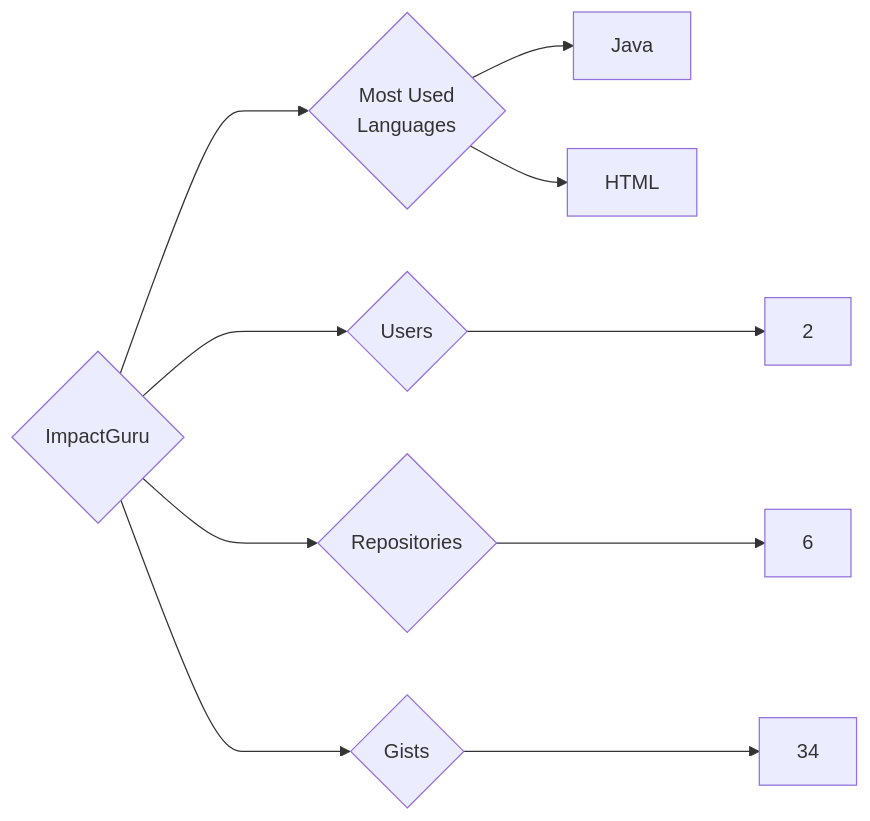
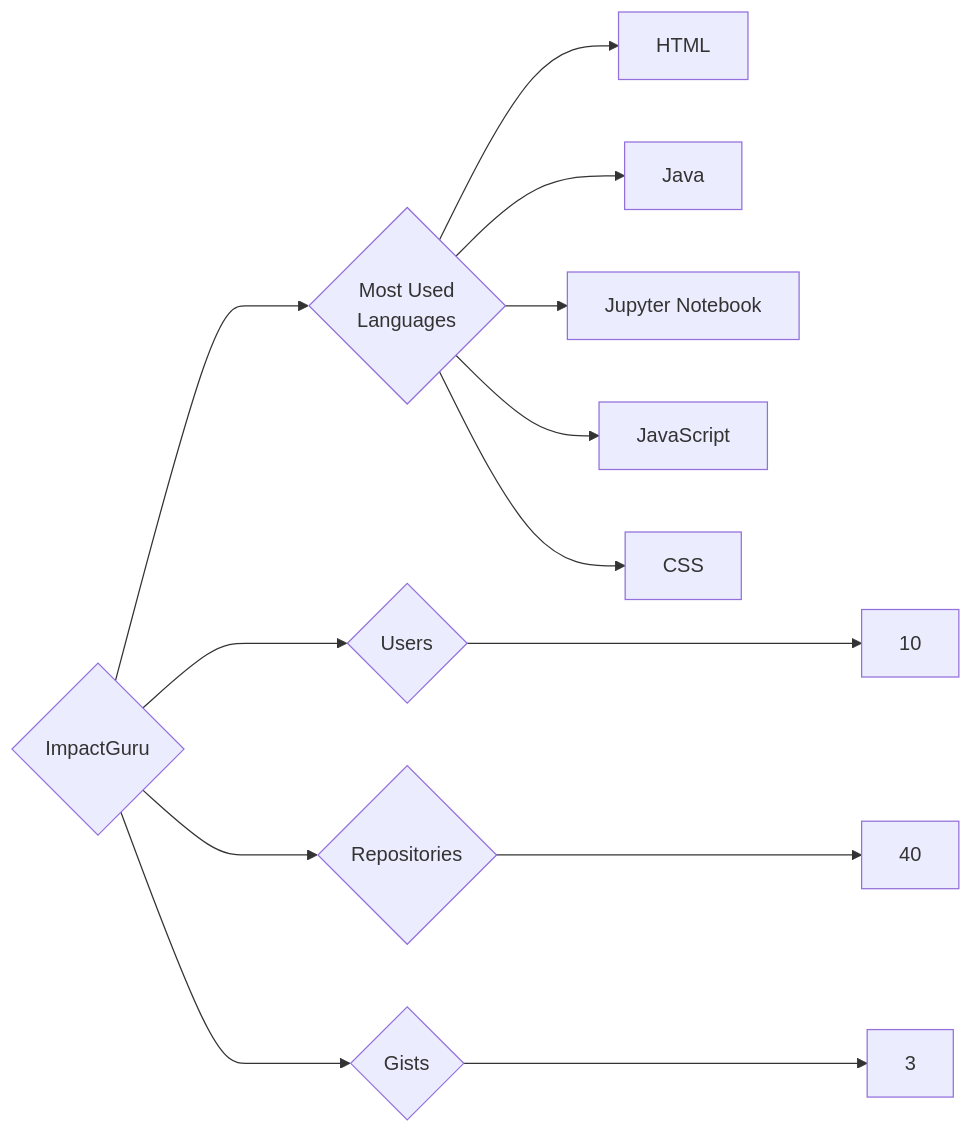
Before and after one commit to trickest/insiders: the diagram in targets/ImpactGuru/README.md, drawn with Mermaid. The commit also changed 786 other files, not shown here.

````diff
--- a/targets/ImpactGuru/README.md
+++ b/targets/ImpactGuru/README.md
@@ -3,10 +3,13 @@
 ```mermaid
 graph LR
 COMPANY_NAME{ImpactGuru}
-COMPANY_NAME ---> U{Users} ---> UN[2]
-COMPANY_NAME ---> R{Repositories} ---> RN[6]
-COMPANY_NAME ---> G{Gists} ---> GN[34]
+COMPANY_NAME ---> U{Users} ---> UN[10]
+COMPANY_NAME ---> R{Repositories} ---> RN[40]
+COMPANY_NAME ---> G{Gists} ---> GN[3]
 COMPANY_NAME ---> ML{Most Used<br>Languages}
+ML --> HTML[HTML]
 ML --> Java[Java]
-ML --> HTML[HTML]
+ML --> Jupyter_Notebook[Jupyter Notebook]
+ML --> JavaScript[JavaScript]
+ML --> CSS[CSS]
 ```
````
